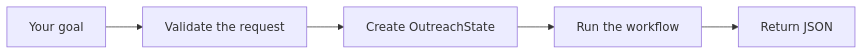
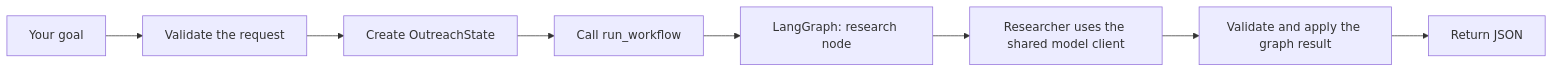
Before and after one commit to rutujashingate/outreach-agent: the diagram in FILE_GUIDE.md, drawn with Mermaid. The commit also changed other lines of this file and 24 other files, not shown here.

````diff
--- a/FILE_GUIDE.md
+++ b/FILE_GUIDE.md
@@ -11,7 +96,10 @@
 ```mermaid
 flowchart LR
     A["Your goal"] --> B["Validate the request"]
     B --> C["Create OutreachState"]
-    C --> D["Run the workflow"]
-    D --> E["Return JSON"]
+    C --> D["Call run_workflow"]
+    D --> F["LangGraph: research node"]
+    F --> H["Researcher uses the shared model client"]
+    H --> G["Validate and apply the graph result"]
+    G --> E["Return JSON"]
 ```
````
